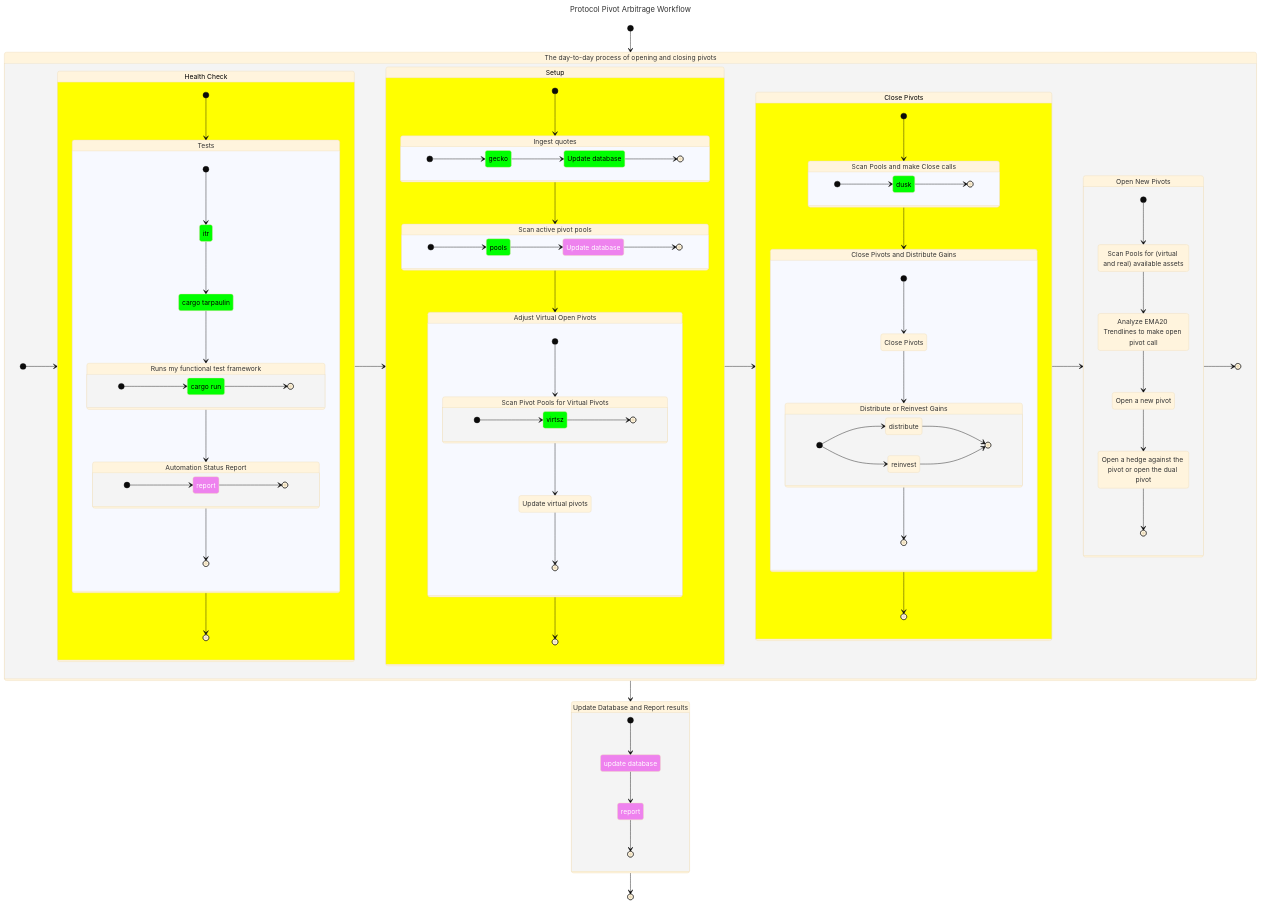
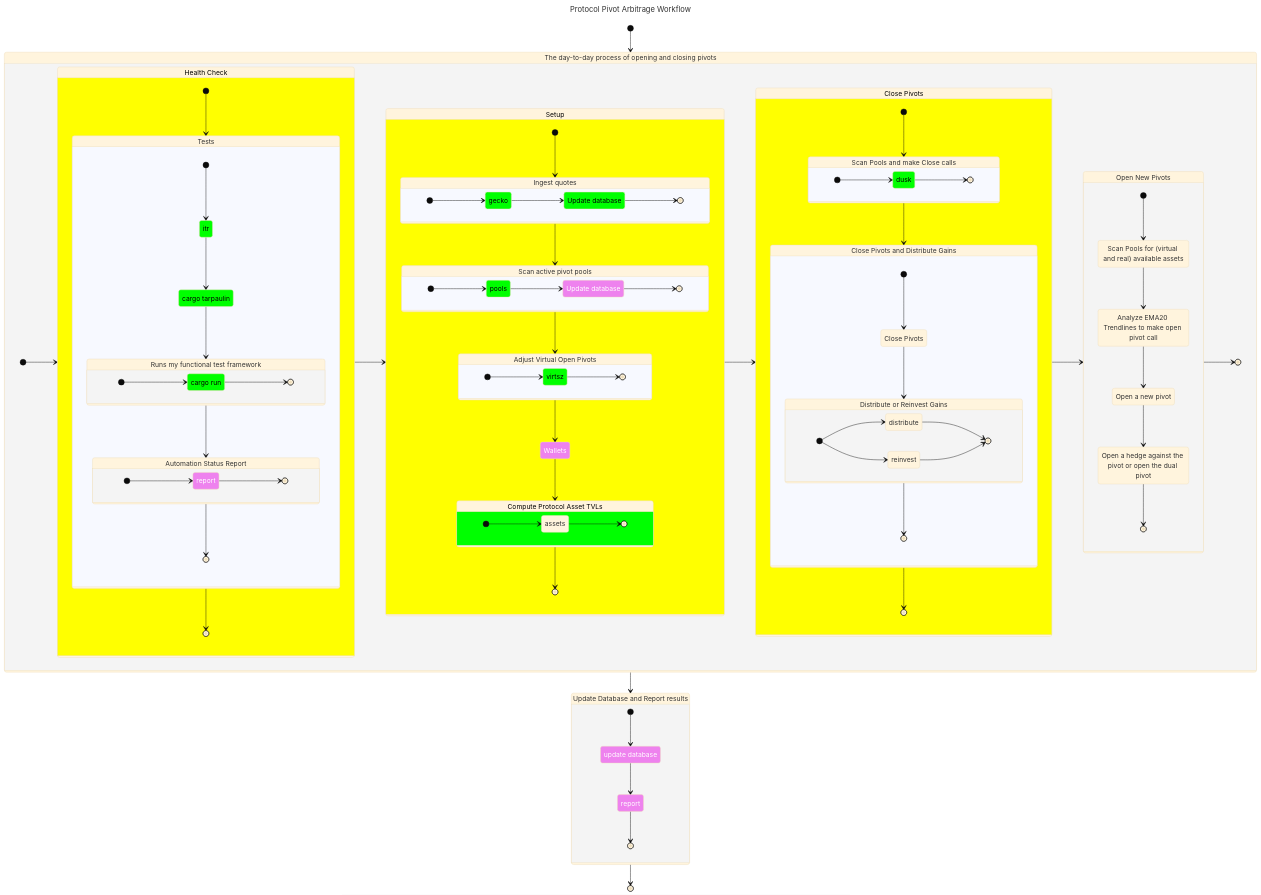
One commit to pivoteur/protocol changed the diagram in dapps/README.md. Above: the diagram before and after it, drawn with Mermaid (base theme). The commit also changed 57 other files, not shown here.

```diff
--- a/dapps/README.md
+++ b/dapps/README.md
@@ -30,6 +30,9 @@
    class UpdateDb manual
    class UpdateDbwithoutReporting1 manual
    class UpdateDbwithoutReporting2 inUse
+
+   class Wallets manual
+   class Assets inUse
 
    [*] --> Workflow
    Workflow --> Finalize
@@ -94,7 +97,9 @@
       [*] --> Quotes
       Quotes --> Pools
       Pools --> AdjustVirtualPivots
-      AdjustVirtualPivots --> [*]
+      AdjustVirtualPivots --> Wallets
+      Wallets --> Assets
+      Assets --> [*]
 
       Quotes: Ingest quotes
       state Quotes {
@@ -120,19 +125,18 @@
 
       AdjustVirtualPivots: Adjust Virtual Open Pivots
       state AdjustVirtualPivots {
-         [*] --> ScanVirtsz
-         ScanVirtsz --> AdjustVirtsz
-         AdjustVirtsz --> [*]
-
-         ScanVirtsz: Scan Pivot Pools for Virtual Pivots
-         state ScanVirtsz {
             direction LR
 
             [*] --> virtsz
             virtsz --> [*]
-         }
+      }
 
-         AdjustVirtsz: Update virtual pivots
+      Assets: Compute Protocol Asset TVLs
+      state Assets {
+         direction LR
+
+         [*] --> assets
+         assets --> [*]
       }
    }
 
```
